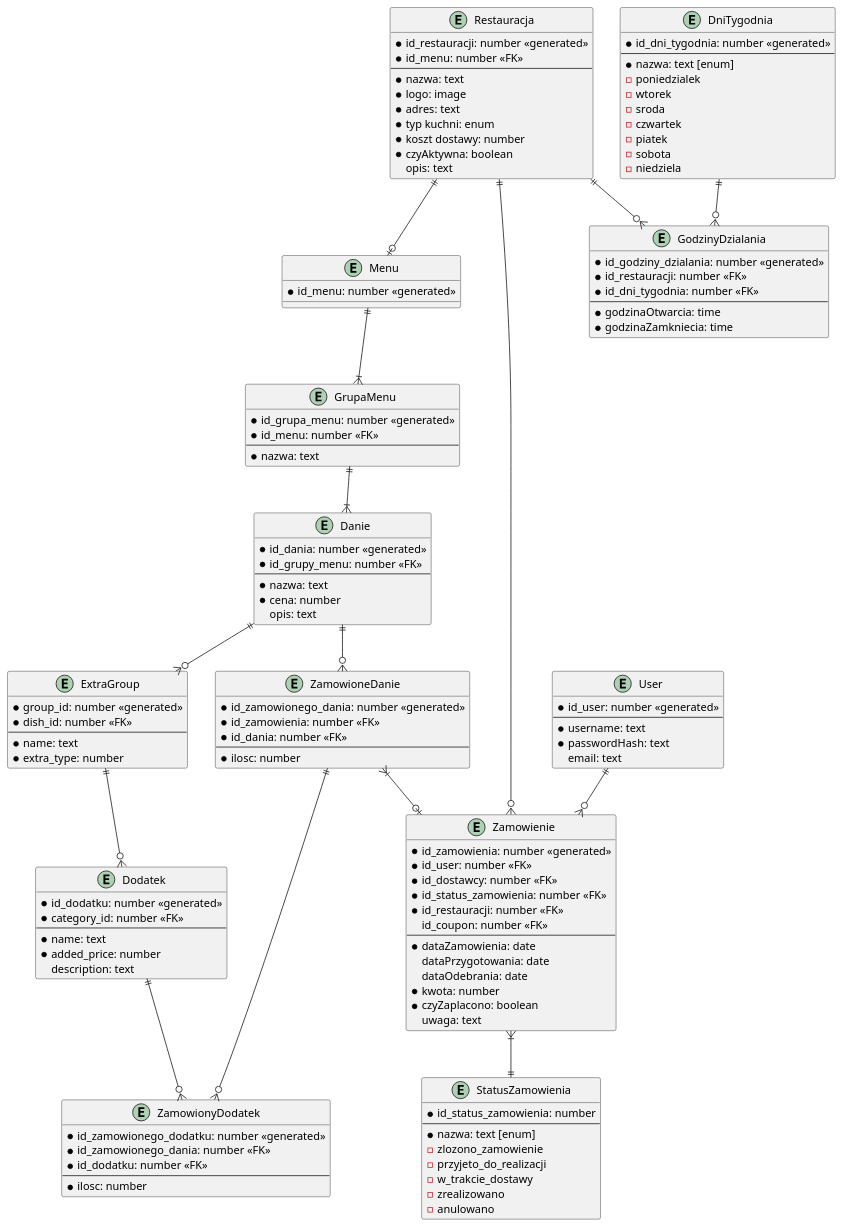
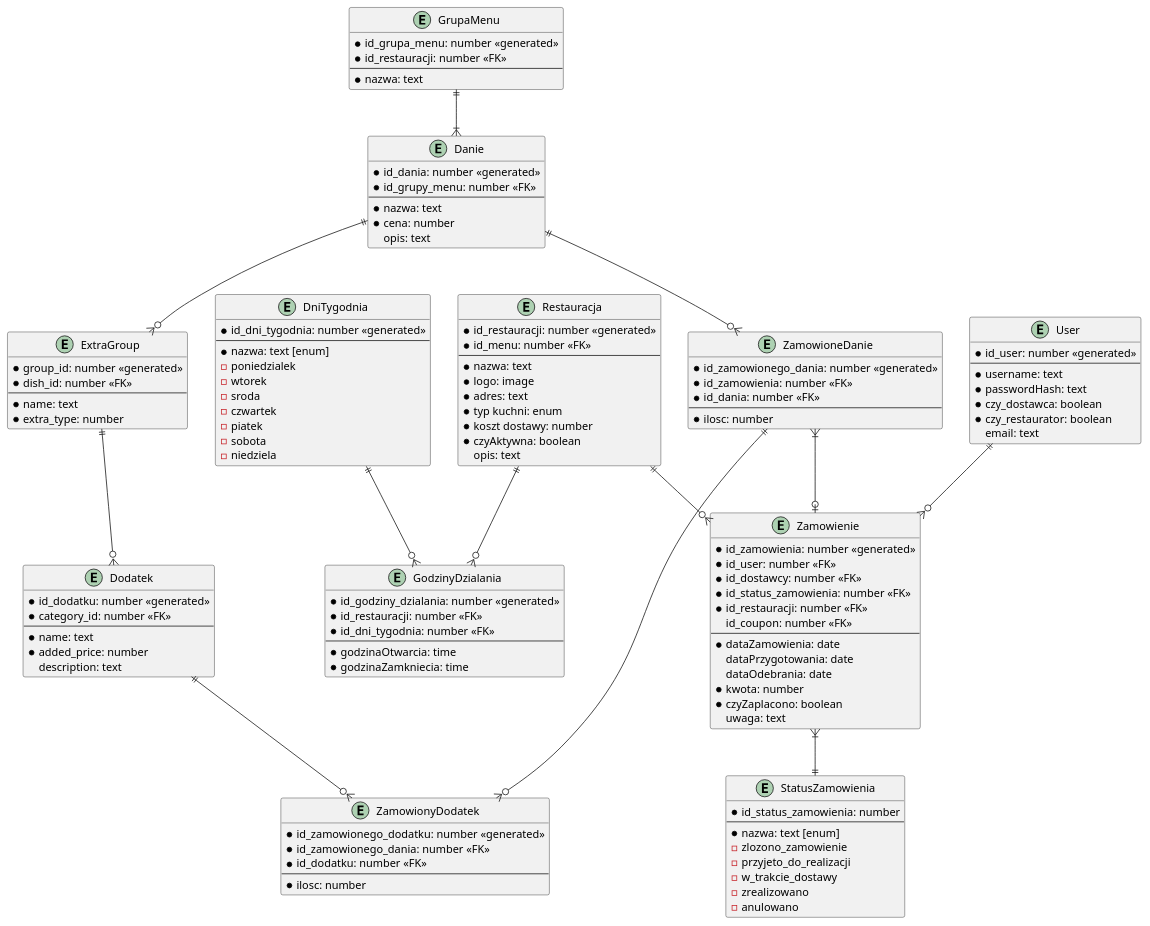
The diagram in docs/schematbazki.md (amelinium23/food-ordering-and-delivering-service), drawn with PlantUML before and after one commit. The commit also changed 6 other files, not shown here.

Commit message:
Update diagrams

```diff
--- a/docs/schematbazki.md
+++ b/docs/schematbazki.md
@@ -19,12 +19,9 @@
    * czyAktywna: boolean
    opis: text
 }
-entity Menu {
-   * id_menu: number <<generated>>
-}
 entity GrupaMenu {
    * id_grupa_menu: number <<generated>>
-   * id_menu: number <<FK>>
+   * id_restauracji: number <<FK>>
    --
    * nazwa: text
    ' przechowujemy liczbe okreslajaca w jakiej kolejnosci wyswietlamy rozne grupymenu/potrawy?'
@@ -88,6 +85,8 @@
    --
    * username: text
    * passwordHash: text
+   * czy_dostawca: boolean
+   * czy_restaurator: boolean
    email: text
 }
 entity StatusZamowienia {
@@ -125,8 +124,6 @@
 DniTygodnia ||--o{ GodzinyDzialania
 
 Restauracja ||--o{ Zamowienie
-Restauracja ||--o| Menu
-Menu ||--|{ GrupaMenu
 GrupaMenu ||--|{ Danie
 Danie ||--o{ ExtraGroup
 ExtraGroup ||--o{ Dodatek
```
